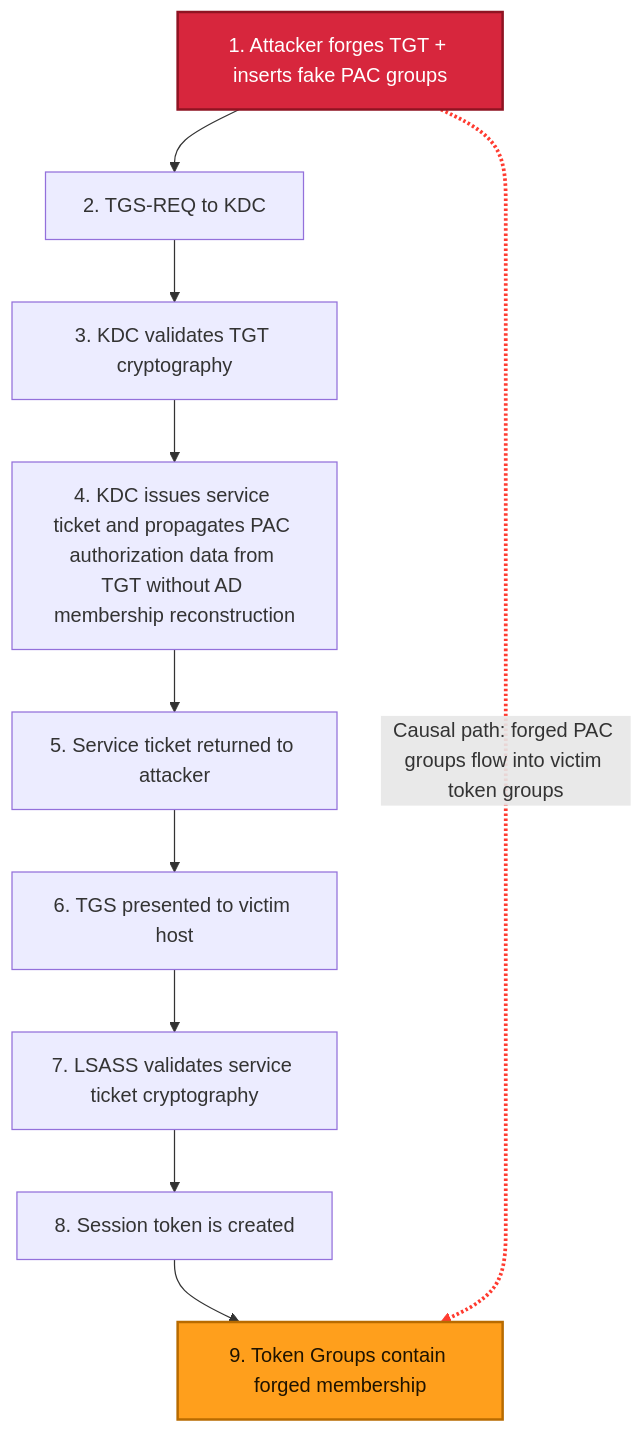
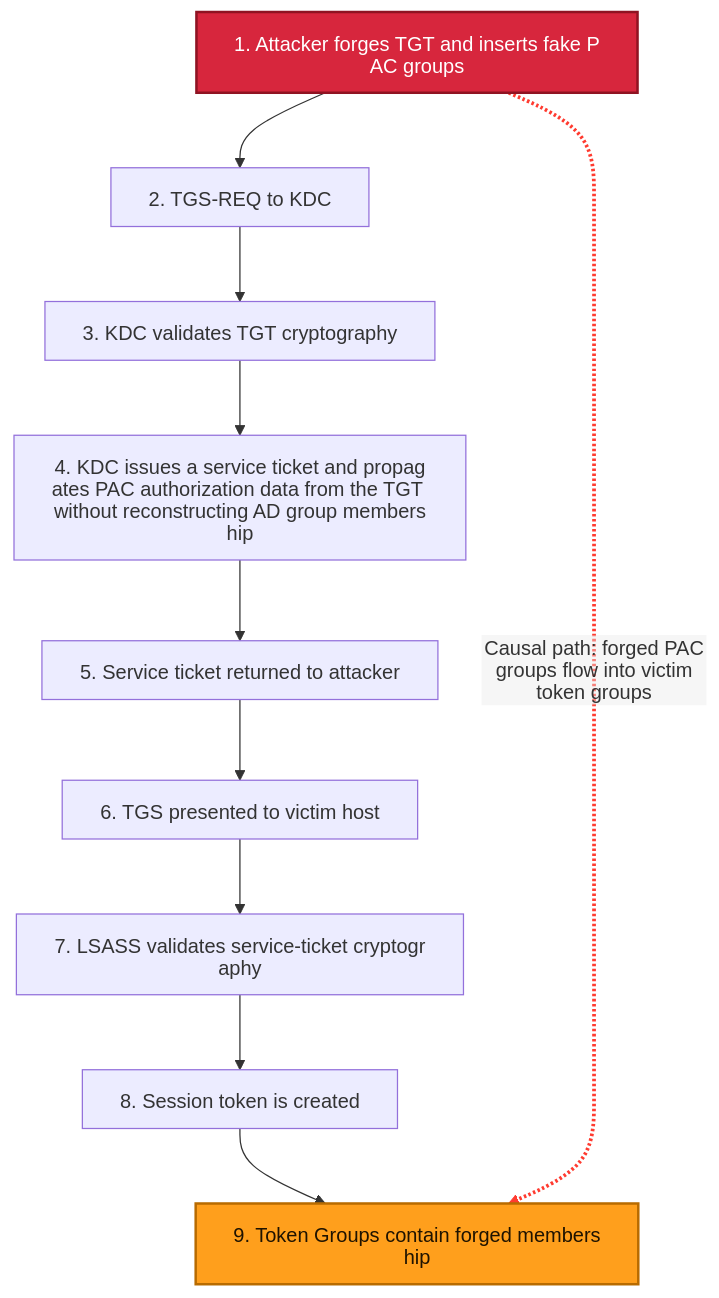
The first of 2 diagrams in README.md (gam4er/FindGT), drawn with Mermaid before and after one commit. The commit also changed other lines of this file and 14 other files, not shown here.

````diff
--- a/README.md
+++ b/README.md
@@ -36,19 +36,35 @@
 ```mermaid
+---
+config:
+  htmlLabels: false
+  markdownAutoWrap: true
+  flowchart:
+    useMaxWidth: false
+    wrappingWidth: 300
+    nodeSpacing: 50
+    rankSpacing: 60
+---
 flowchart TD
-  A[1. Attacker forges TGT + inserts fake PAC groups] --> B[2. TGS-REQ to KDC]
-  B --> C[3. KDC validates TGT cryptography]
-  C --> D[4. KDC issues service ticket and propagates PAC authorization data from TGT without AD membership reconstruction]
-  D --> E[5. Service ticket returned to attacker]
-  E --> F[6. TGS presented to victim host]
-  F --> G[7. LSASS validates service ticket cryptography]
-  G --> H[8. Session token is created]
-  H --> I[9. Token Groups contain forged membership]
+  A["`1. Attacker forges TGT and inserts fake PAC groups`"]
+    --> B["`2. TGS-REQ to KDC`"]
 
-  A -. Causal path: forged PAC groups flow into victim token groups .-> I
+  B --> C["`3. KDC validates TGT cryptography`"]
+
+  C --> D["`4. KDC issues a service ticket and propagates PAC authorization data from the TGT without reconstructing AD group membership`"]
+
+  D --> E["`5. Service ticket returned to attacker`"]
+  E --> F["`6. TGS presented to victim host`"]
+  F --> G["`7. LSASS validates service-ticket cryptography`"]
+  G --> H["`8. Session token is created`"]
+  H --> I["`9. Token Groups contain forged membership`"]
+
+  A -. "`Causal path: forged PAC groups flow into victim token groups`" .-> I
 
   classDef startNode fill:#d7263d,stroke:#8f1322,color:#ffffff,stroke-width:2px;
   classDef endNode fill:#ff9f1c,stroke:#b86b00,color:#1f1300,stroke-width:2px;
+
   class A startNode;
   class I endNode;
+
   linkStyle 8 stroke:#ff3b30,stroke-width:3px;
 ```
````
